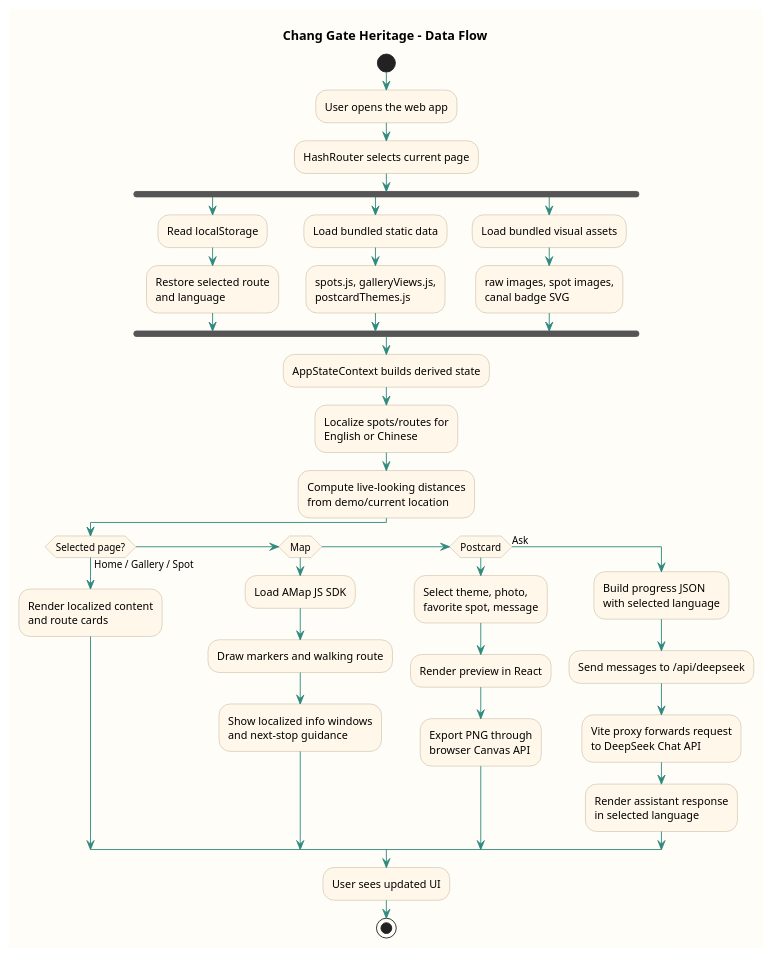
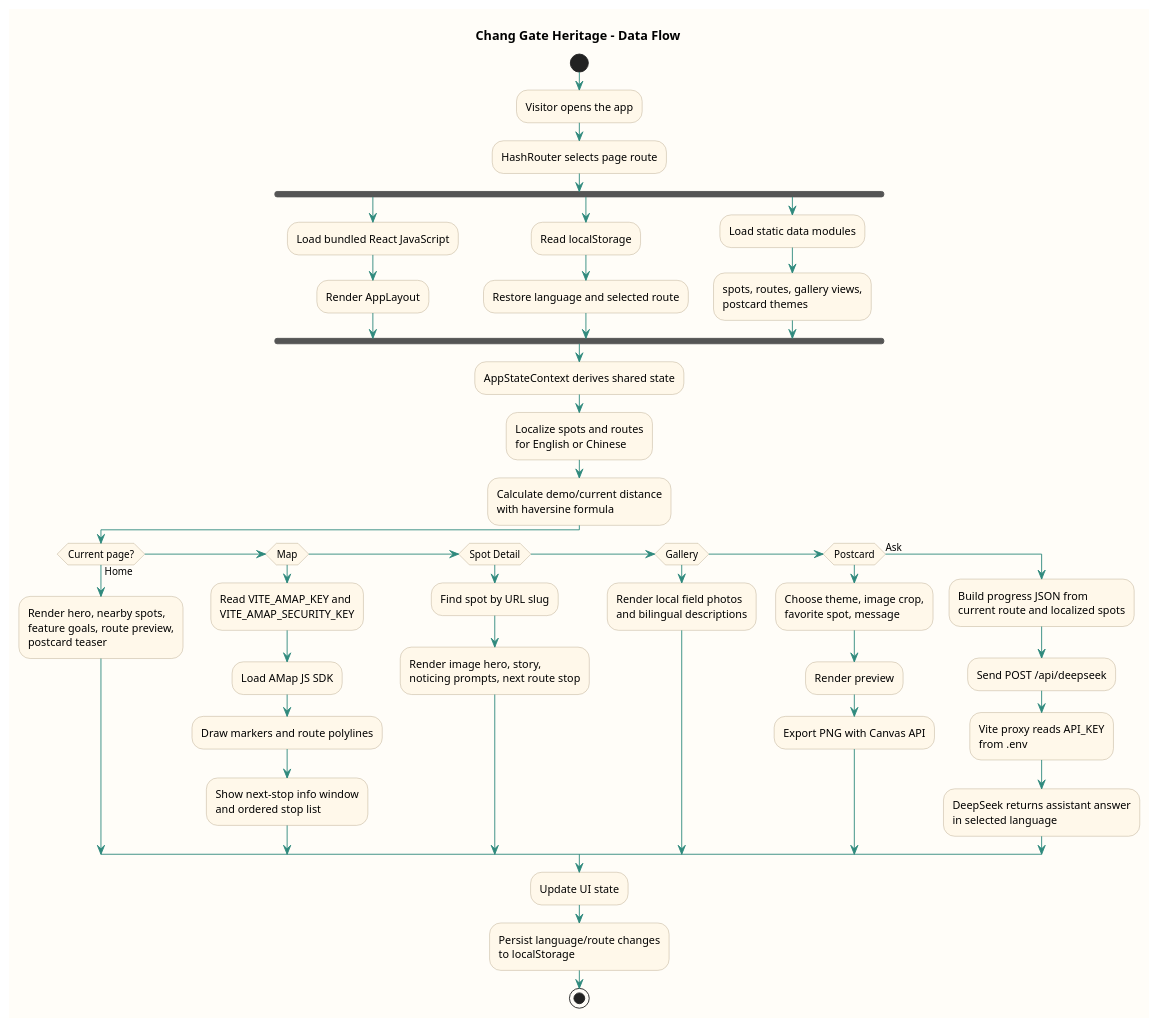
One commit to InubashiriLix/xjtlu-cpt208-chang-gate-portfolio changed the diagram in docs/data-flow.puml. Above: the diagram before and after it, drawn with PlantUML. The commit also changed 4 other files, not shown here.

Commit message:
doc: update system arch and dataflow uml diagrams code

```diff
--- a/docs/data-flow.puml
+++ b/docs/data-flow.puml
@@ -1,52 +1,59 @@
 @startuml
 title Chang Gate Heritage - Data Flow
 
 skinparam backgroundColor #fffdf8
 skinparam shadowing false
 skinparam defaultFontName Arial
 skinparam ActivityBackgroundColor #fff8ea
 skinparam ActivityBorderColor #b7a98e
 skinparam ArrowColor #2f8a7d
 skinparam DiamondBackgroundColor #eef7f5
 skinparam DiamondBorderColor #2f8a7d
 
 start
-:User opens the web app;
-:HashRouter selects current page;
+:Visitor opens the app;
+:HashRouter selects page route;
 
 fork
+  :Load bundled React JavaScript;
+  :Render AppLayout;
+fork again
   :Read localStorage;
-  :Restore selected route\nand language;
+  :Restore language and selected route;
 fork again
-  :Load bundled static data;
-  :spots.js, galleryViews.js,\npostcardThemes.js;
-fork again
-  :Load bundled visual assets;
-  :raw images, spot images,\ncanal badge SVG;
+  :Load static data modules;
+  :spots, routes, gallery views,\npostcard themes;
 end fork
 
-:AppStateContext builds derived state;
-:Localize spots/routes for\nEnglish or Chinese;
-:Compute live-looking distances\nfrom demo/current location;
+:AppStateContext derives shared state;
+:Localize spots and routes\nfor English or Chinese;
+:Calculate demo/current distance\nwith haversine formula;
 
-if (Selected page?) then (Home / Gallery / Spot)
-  :Render localized content\nand route cards;
+if (Current page?) then (Home)
+  :Render hero, nearby spots,\nfeature goals, route preview,\npostcard teaser;
 elseif (Map)
+  :Read VITE_AMAP_KEY and\nVITE_AMAP_SECURITY_KEY;
   :Load AMap JS SDK;
-  :Draw markers and walking route;
-  :Show localized info windows\nand next-stop guidance;
+  :Draw markers and route polylines;
+  :Show next-stop info window\nand ordered stop list;
+elseif (Spot Detail)
+  :Find spot by URL slug;
+  :Render image hero, story,\nnoticing prompts, next route stop;
+elseif (Gallery)
+  :Render local field photos\nand bilingual descriptions;
 elseif (Postcard)
-  :Select theme, photo,\nfavorite spot, message;
-  :Render preview in React;
-  :Export PNG through\nbrowser Canvas API;
+  :Choose theme, image crop,\nfavorite spot, message;
+  :Render preview;
+  :Export PNG with Canvas API;
 else (Ask)
-  :Build progress JSON\nwith selected language;
-  :Send messages to /api/deepseek;
-  :Vite proxy forwards request\nto DeepSeek Chat API;
-  :Render assistant response\nin selected language;
+  :Build progress JSON from\ncurrent route and localized spots;
+  :Send POST /api/deepseek;
+  :Vite proxy reads API_KEY\nfrom .env;
+  :DeepSeek returns assistant answer\nin selected language;
 endif
 
-:User sees updated UI;
+:Update UI state;
+:Persist language/route changes\nto localStorage;
 stop
 
 @enduml
```
